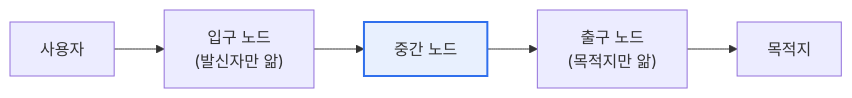
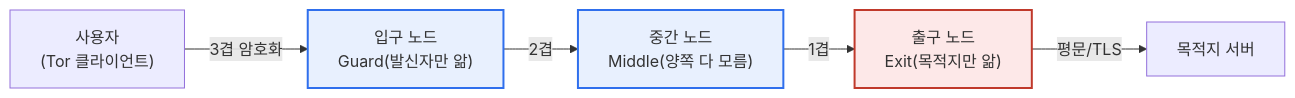
Before and after one commit to coninggu/wjdqhrhksflrltnftk: the diagram in content/tor.md, drawn with Mermaid. The commit also changed other lines of this file and 3 other files, not shown here.

````diff
--- a/content/tor.md
+++ b/content/tor.md
@@ -11,5 +28,10 @@
 ```mermaid
 flowchart LR
-  U[사용자] --> E["입구 노드<br/>(발신자만 앎)"] --> M["중간 노드"] --> X["출구 노드<br/>(목적지만 앎)"] --> D[목적지]
+  U["사용자<br/>(Tor 클라이언트)"] -->|"3겹 암호화"| E["입구 노드<br/>Guard(발신자만 앎)"]
+  E -->|"2겹"| M["중간 노드<br/>Middle(양쪽 다 모름)"]
+  M -->|"1겹"| X["출구 노드<br/>Exit(목적지만 앎)"]
+  X -->|"평문/TLS"| D["목적지 서버"]
+  style E fill:#e8f0fe,stroke:#2f6fed,stroke-width:2px
   style M fill:#e8f0fe,stroke:#2f6fed,stroke-width:2px
+  style X fill:#fde8e8,stroke:#c0392b,stroke-width:2px
 ```
````
